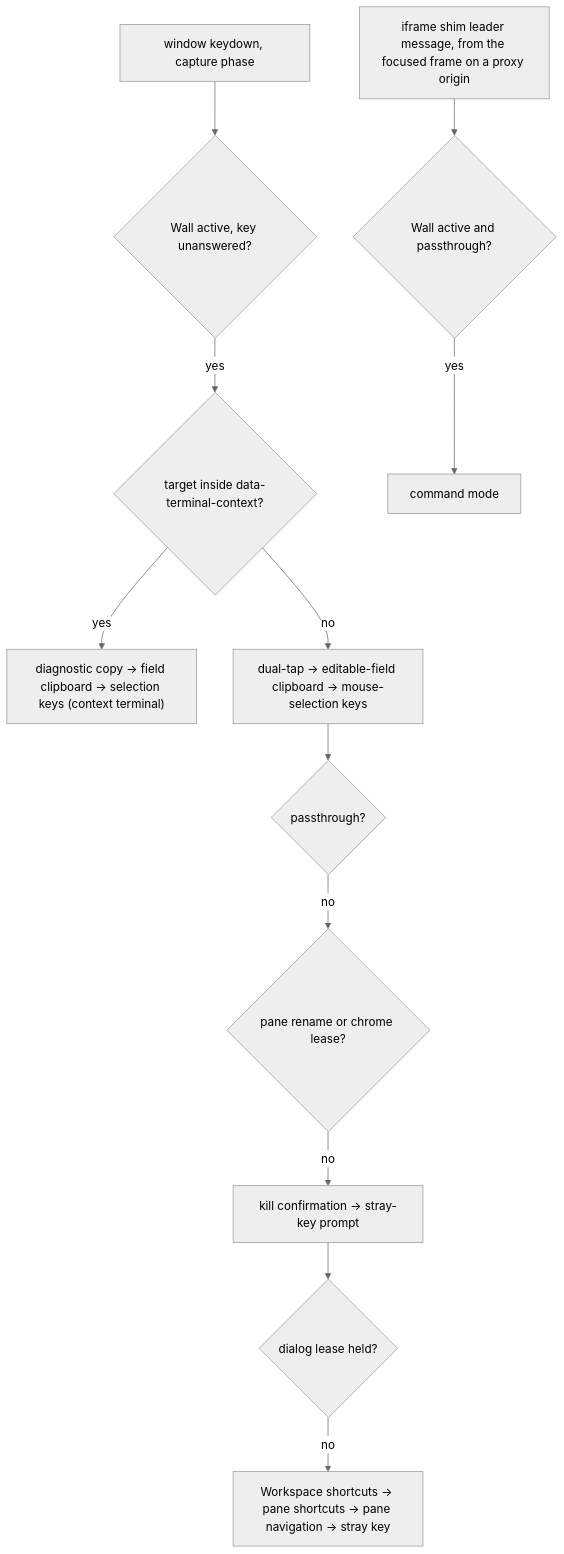
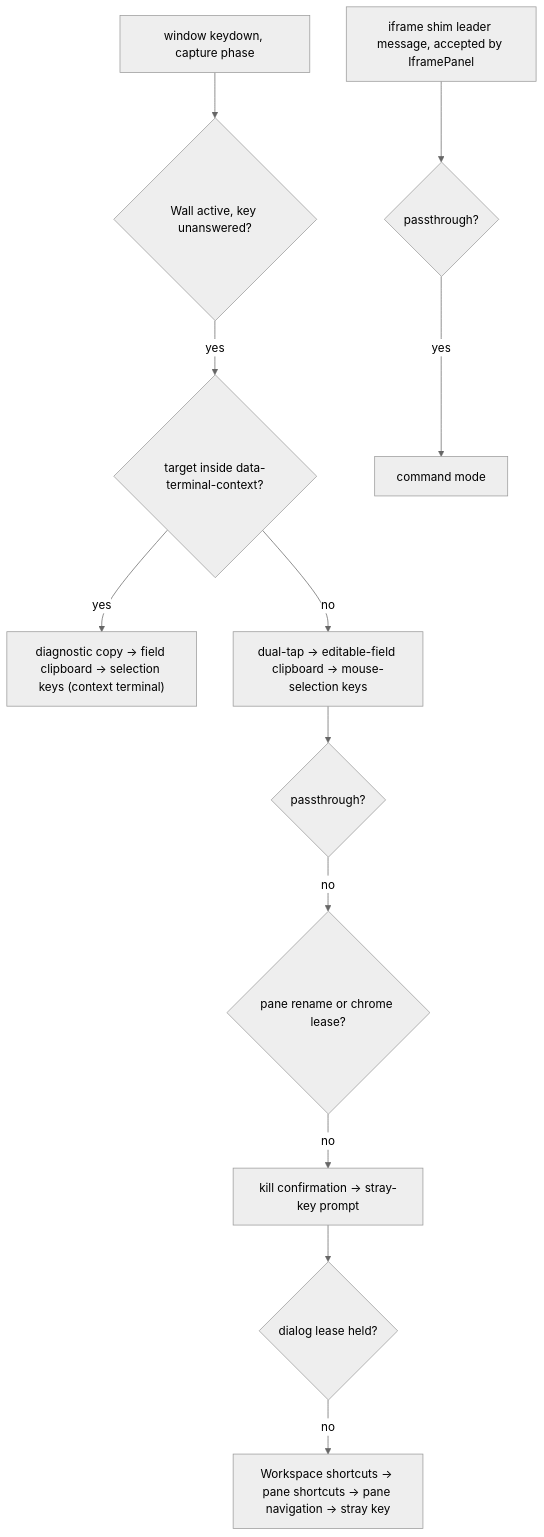
The first of 2 diagrams in docs/specs/layout.md (diffplug/dormouse), drawn with Mermaid (neutral theme) before and after one commit. The commit also changed 20 other files, not shown here.

First line of the commit message:
Answer the leader chord in the panel that owns the frame

````diff
--- a/docs/specs/layout.md
+++ b/docs/specs/layout.md
@@ -229,14 +229,14 @@
 ```mermaid
 flowchart TD
   K["window keydown, capture phase"] --> A{"Wall active, key unanswered?"}
   A -- yes --> X{"target inside data-terminal-context?"}
   X -- yes --> X1["diagnostic copy → field clipboard → selection keys (context terminal)"]
   X -- no --> D["dual-tap → editable-field clipboard → mouse-selection keys"]
   D --> P{"passthrough?"}
   P -- no --> R{"pane rename or chrome lease?"}
   R -- no --> KC["kill confirmation → stray-key prompt"]
   KC --> DL{"dialog lease held?"}
   DL -- no --> W["Workspace shortcuts → pane shortcuts → pane navigation → stray key"]
-  M["iframe shim leader message, from the focused frame on a proxy origin"] --> MA{"Wall active and passthrough?"}
+  M["iframe shim leader message, accepted by IframePanel"] --> MA{"passthrough?"}
   MA -- yes --> CM["command mode"]
 ```
````
